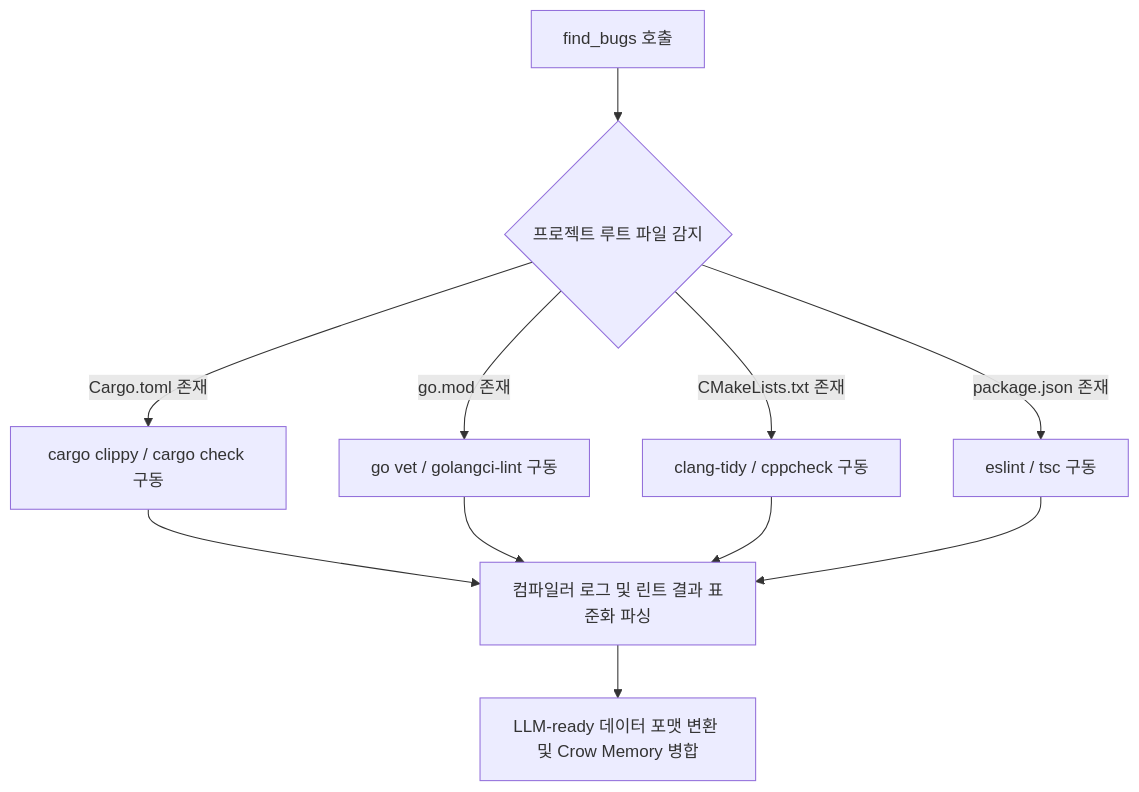
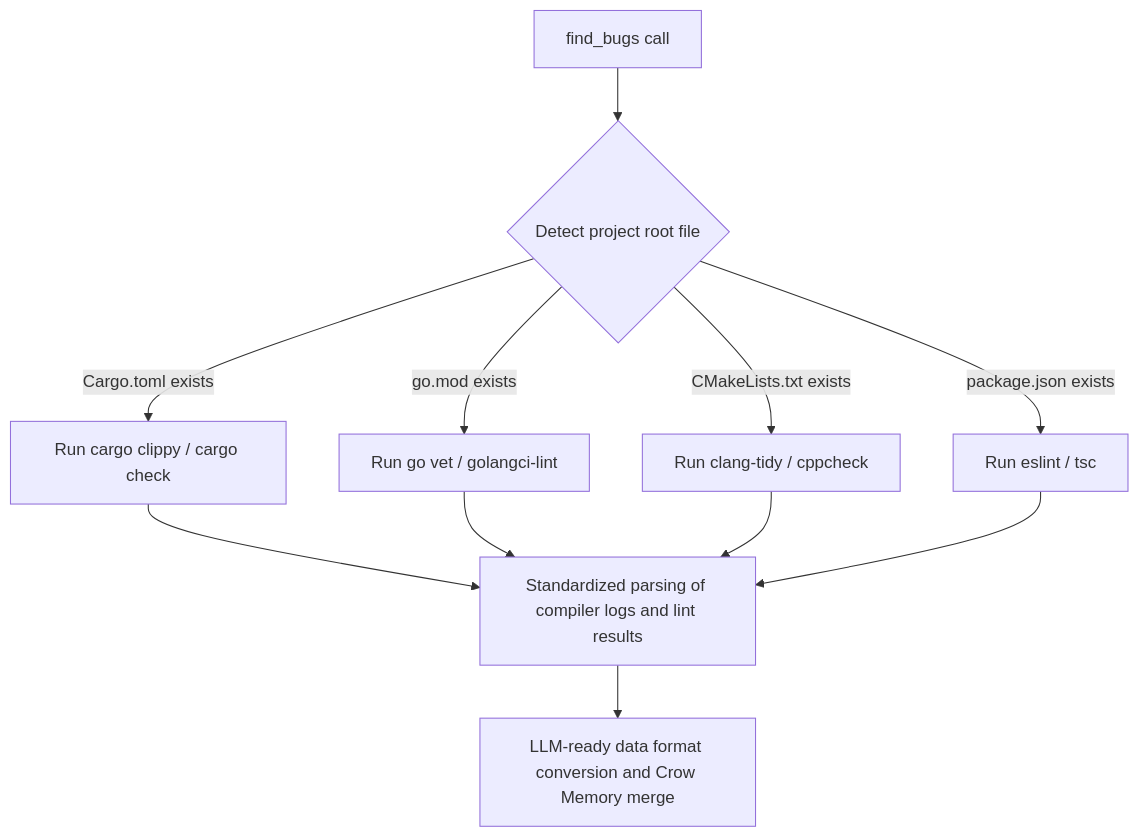
The diagram in feedbacks/multilang_analysis_improvement.md (myk1yt/VibeZoo), drawn with Mermaid before and after one commit. The commit also changed other lines of this file and 17 other files, not shown here.

````diff
--- a/feedbacks/multilang_analysis_improvement.md
+++ b/feedbacks/multilang_analysis_improvement.md
@@ -121,10 +124,10 @@
 ```mermaid
 graph TD
-    A[find_bugs 호출] --> B{프로젝트 루트 파일 감지}
-    B -- Cargo.toml 존재 --> C[cargo clippy / cargo check 구동]
-    B -- go.mod 존재 --> D[go vet / golangci-lint 구동]
-    B -- CMakeLists.txt 존재 --> E[clang-tidy / cppcheck 구동]
-    B -- package.json 존재 --> F[eslint / tsc 구동]
-    C & D & E & F --> G[컴파일러 로그 및 린트 결과 표준화 파싱]
-    G --> H[LLM-ready 데이터 포맷 변환 및 Crow Memory 병합]
+    A[find_bugs call] --> B{Detect project root file}
+    B -- Cargo.toml exists --> C[Run cargo clippy / cargo check]
+    B -- go.mod exists --> D[Run go vet / golangci-lint]
+    B -- CMakeLists.txt exists --> E[Run clang-tidy / cppcheck]
+    B -- package.json exists --> F[Run eslint / tsc]
+    C & D & E & F --> G[Standardized parsing of compiler logs and lint results]
+    G --> H[LLM-ready data format conversion and Crow Memory merge]
 ```
````
